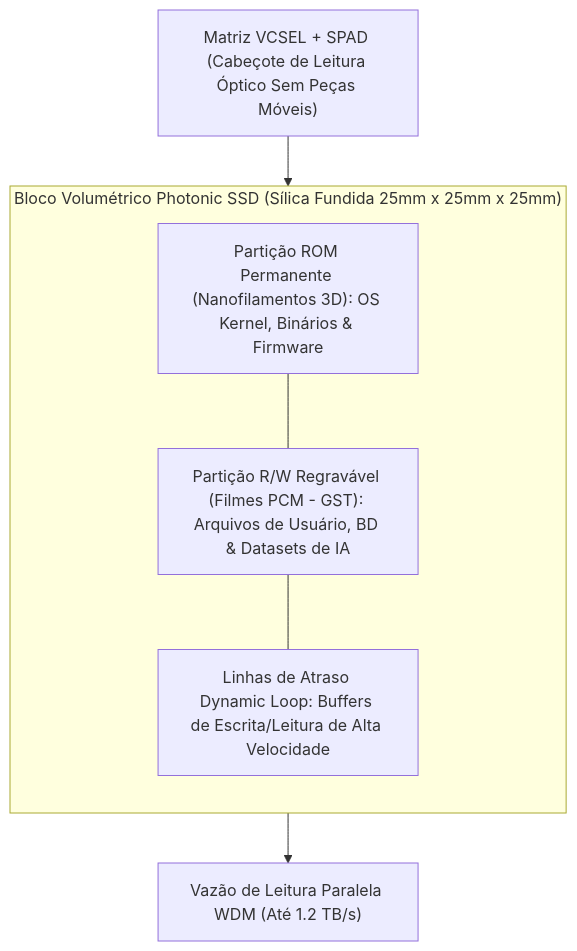
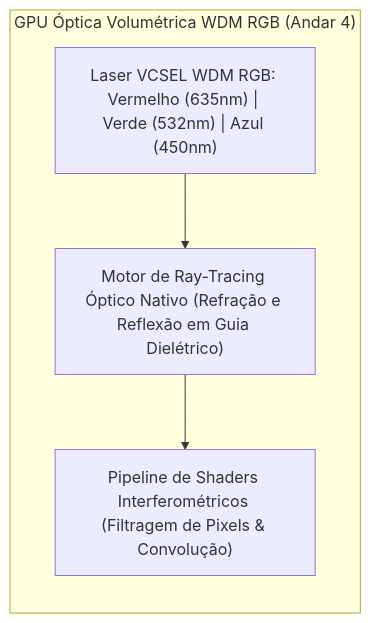
Before and after one commit to Roliveira96/SilicaCore: the diagram in docs/papers/whitepaper-v1.md, drawn with Mermaid. The commit also changed other lines of this file and 7 other files, not shown here.

Commit message:
feat(gpu-ai): adiciona GPU óptica WDM RGB e acelerador Photonic AI Tensor Core (MVM Mesh & PCM)

````diff
--- a/docs/papers/whitepaper-v1.md
+++ b/docs/papers/whitepaper-v1.md
@@ -46,15 +44,12 @@
 ```mermaid
 flowchart TD
-    subgraph CuboSSD["Bloco Volumétrico Photonic SSD (Sílica Fundida 25mm x 25mm x 25mm)"]
+    subgraph GPUOptica["GPU Óptica Volumétrica WDM RGB (Andar 4)"]
         direction TB
-        ParticaoROM["Partição ROM Permanente (Nanofilamentos 3D): OS Kernel, Binários & Firmware"]
-        ParticaoPCM["Partição R/W Regravável (Filmes PCM - GST): Arquivos de Usuário, BD & Datasets de IA"]
-        ParticaoCache["Linhas de Atraso Dynamic Loop: Buffers de Escrita/Leitura de Alta Velocidade"]
+        EmissaoWDM["Laser VCSEL WDM RGB: Vermelho (635nm) | Verde (532nm) | Azul (450nm)"]
+        RayTracing["Motor de Ray-Tracing Óptico Nativo (Refração e Reflexão em Guia Dielétrico)"]
+        Shaders["Pipeline de Shaders Interferométricos (Filtragem de Pixels & Convolução)"]
         
-        ParticaoROM --- ParticaoPCM
-        ParticaoPCM --- ParticaoCache
+        EmissaoWDM --> RayTracing
+        RayTracing --> Shaders
     end
-
-    CabecoteLeitura["Matriz VCSEL + SPAD (Cabeçote de Leitura Óptico Sem Peças Móveis)"] --> CuboSSD
-    CuboSSD --> OutputData["Vazão de Leitura Paralela WDM (Até 1.2 TB/s)"]
 ```
````
